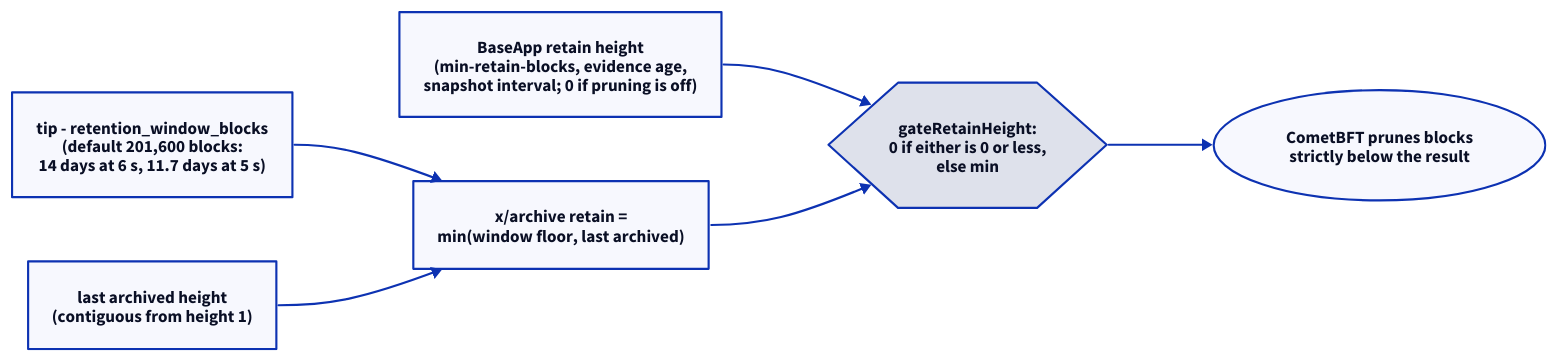
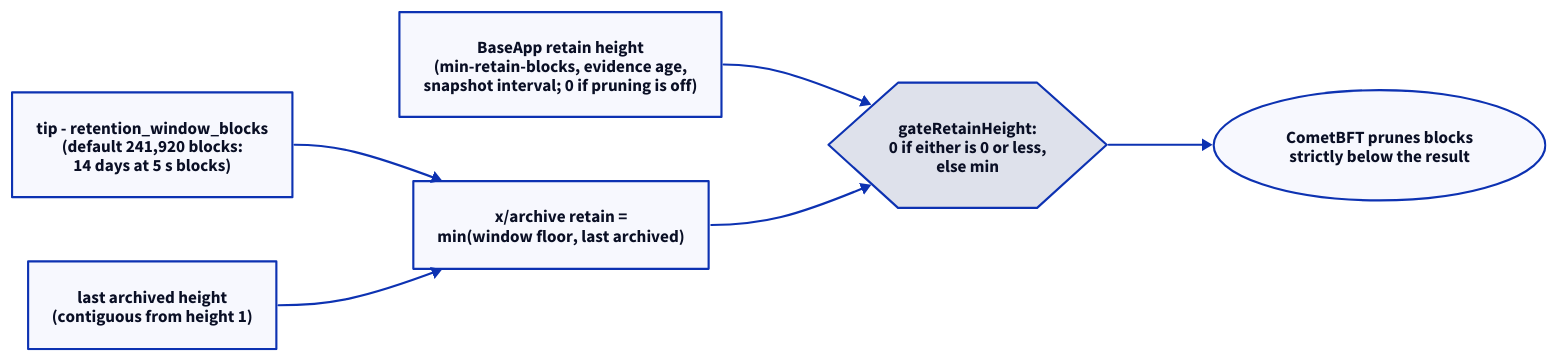
Before and after one commit to DeBrosOfficial/network: the diagram in docs/whitepaper/technical-reference/diagrams/ch42-retention.d2, drawn with D2. The commit also changed 27 other files, not shown here.

```diff
--- a/docs/whitepaper/technical-reference/diagrams/ch42-retention.d2
+++ b/docs/whitepaper/technical-reference/diagrams/ch42-retention.d2
@@ -1,14 +1,14 @@
 direction: right
 
 base: "BaseApp retain height\n(min-retain-blocks, evidence age,\nsnapshot interval; 0 if pruning is off)"
-win: "tip - retention_window_blocks\n(default 201,600 blocks:\n14 days at 6 s, 11.7 days at 5 s)"
+win: "tip - retention_window_blocks\n(default 241,920 blocks:\n14 days at 5 s blocks)"
 last: "last archived height\n(contiguous from height 1)"
 arch: "x/archive retain =\nmin(window floor, last archived)"
 gate: "gateRetainHeight:\n0 if either is 0 or less,\nelse min" {shape: hexagon}
 out: "CometBFT prunes blocks\nstrictly below the result" {shape: oval}
 
 win -> arch
 last -> arch
 base -> gate
 arch -> gate
 gate -> out
```
